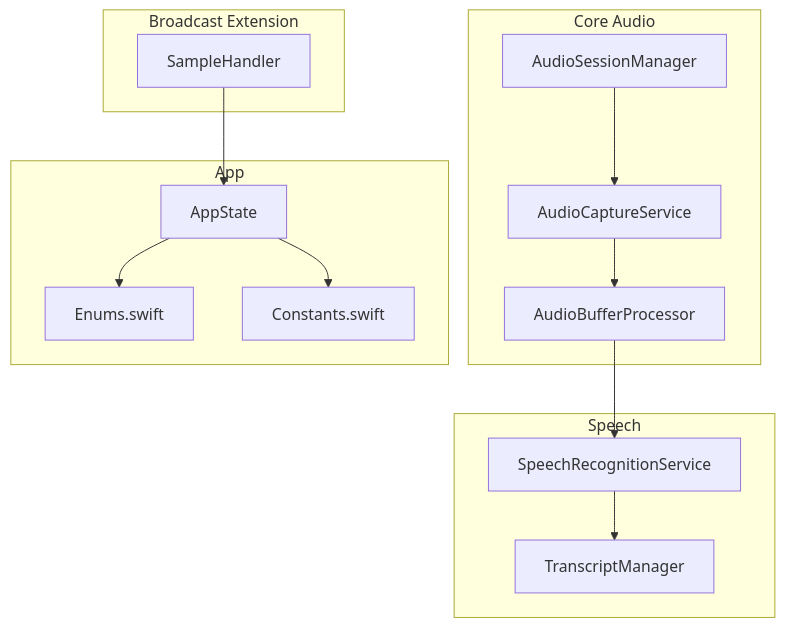
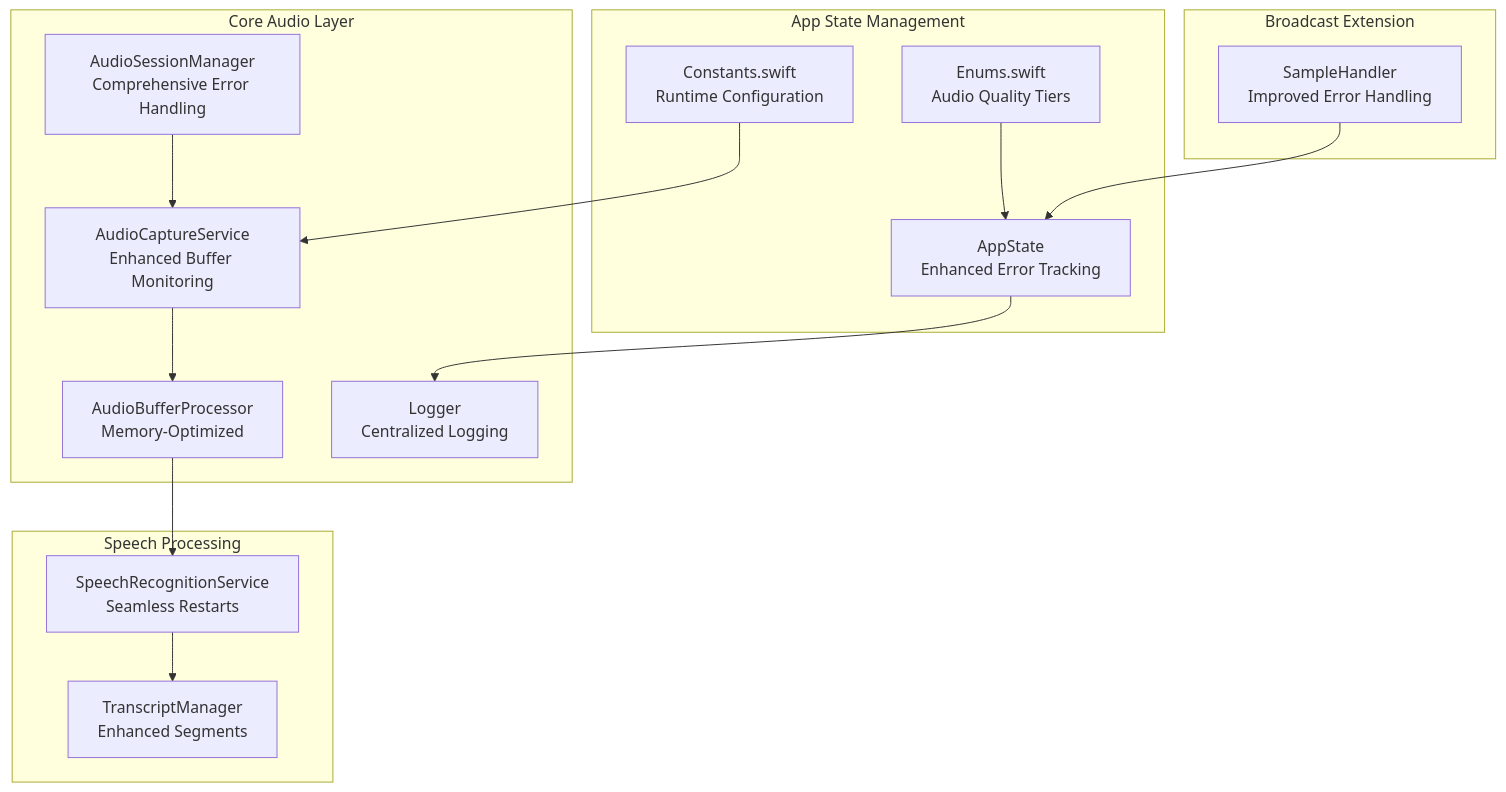
Before and after one commit to alexandreybasta-cyber/factshield-ios: the first of 6 diagrams in .qoder/repowiki/en/content/Core Services/Audio Processing.md, drawn with Mermaid. The commit also changed other lines of this file and 97 other files, not shown here.

````diff
--- a/.qoder/repowiki/en/content/Core Services/Audio Processing.md
+++ b/.qoder/repowiki/en/content/Core Services/Audio Processing.md
@@ -45,27 +52,29 @@
 ```mermaid
 graph TB
-subgraph "Core Audio"
-ACS["AudioCaptureService"]
-ABP["AudioBufferProcessor"]
-ASM["AudioSessionManager"]
+subgraph "Core Audio Layer"
+ACS["AudioCaptureService<br/>Enhanced Buffer Monitoring"]
+ABP["AudioBufferProcessor<br/>Memory-Optimized"]
+ASM["AudioSessionManager<br/>Comprehensive Error Handling"]
+LOG["Logger<br/>Centralized Logging"]
 end
-subgraph "Speech"
-SRS["SpeechRecognitionService"]
-TM["TranscriptManager"]
+subgraph "Speech Processing"
+SRS["SpeechRecognitionService<br/>Seamless Restarts"]
+TM["TranscriptManager<br/>Enhanced Segments"]
 end
 subgraph "Broadcast Extension"
-SH["SampleHandler"]
+SH["SampleHandler<br/>Improved Error Handling"]
 end
-subgraph "App"
-AS["AppState"]
-E["Enums.swift"]
-C["Constants.swift"]
+subgraph "App State Management"
+AS["AppState<br/>Enhanced Error Tracking"]
+E["Enums.swift<br/>Audio Quality Tiers"]
+C["Constants.swift<br/>Runtime Configuration"]
 end
 ACS --> ABP
 ABP --> SRS
 SRS --> TM
 ASM --> ACS
 SH --> AS
-AS --> E
-AS --> C
+AS --> LOG
+E --> AS
+C --> ACS
 ```
````
